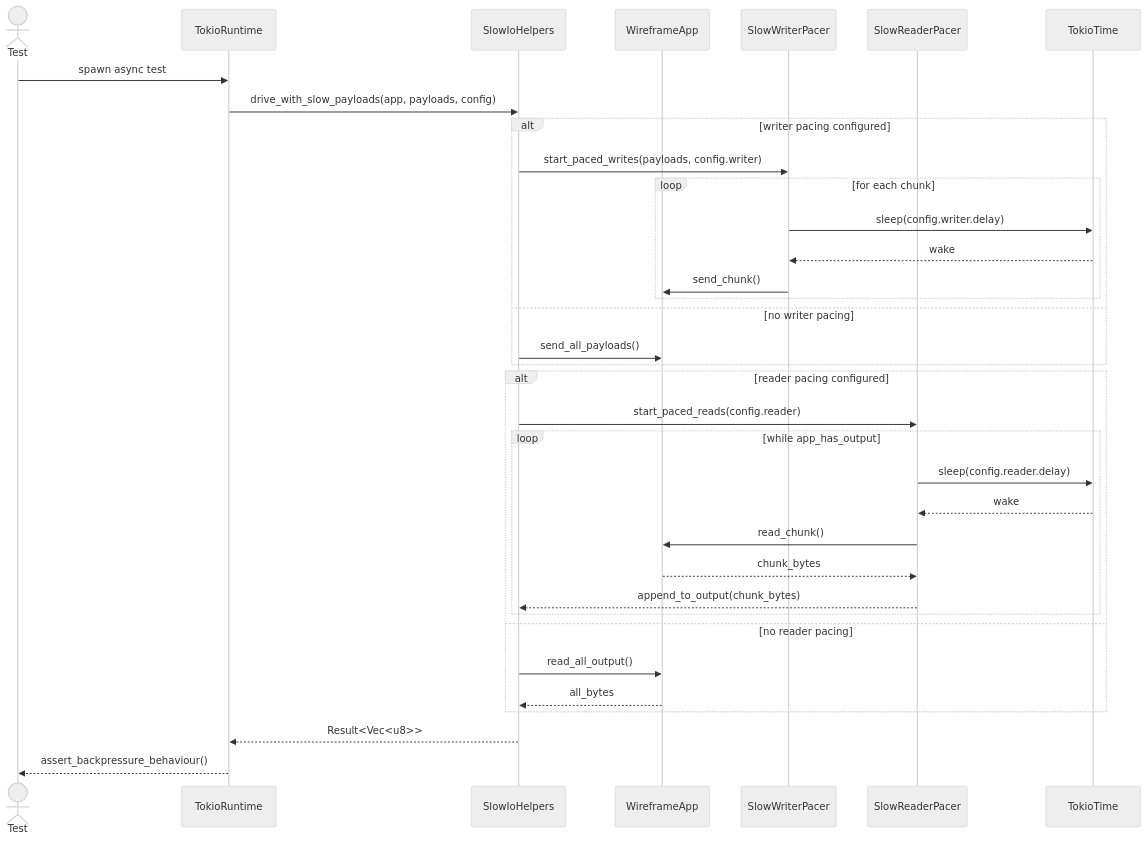
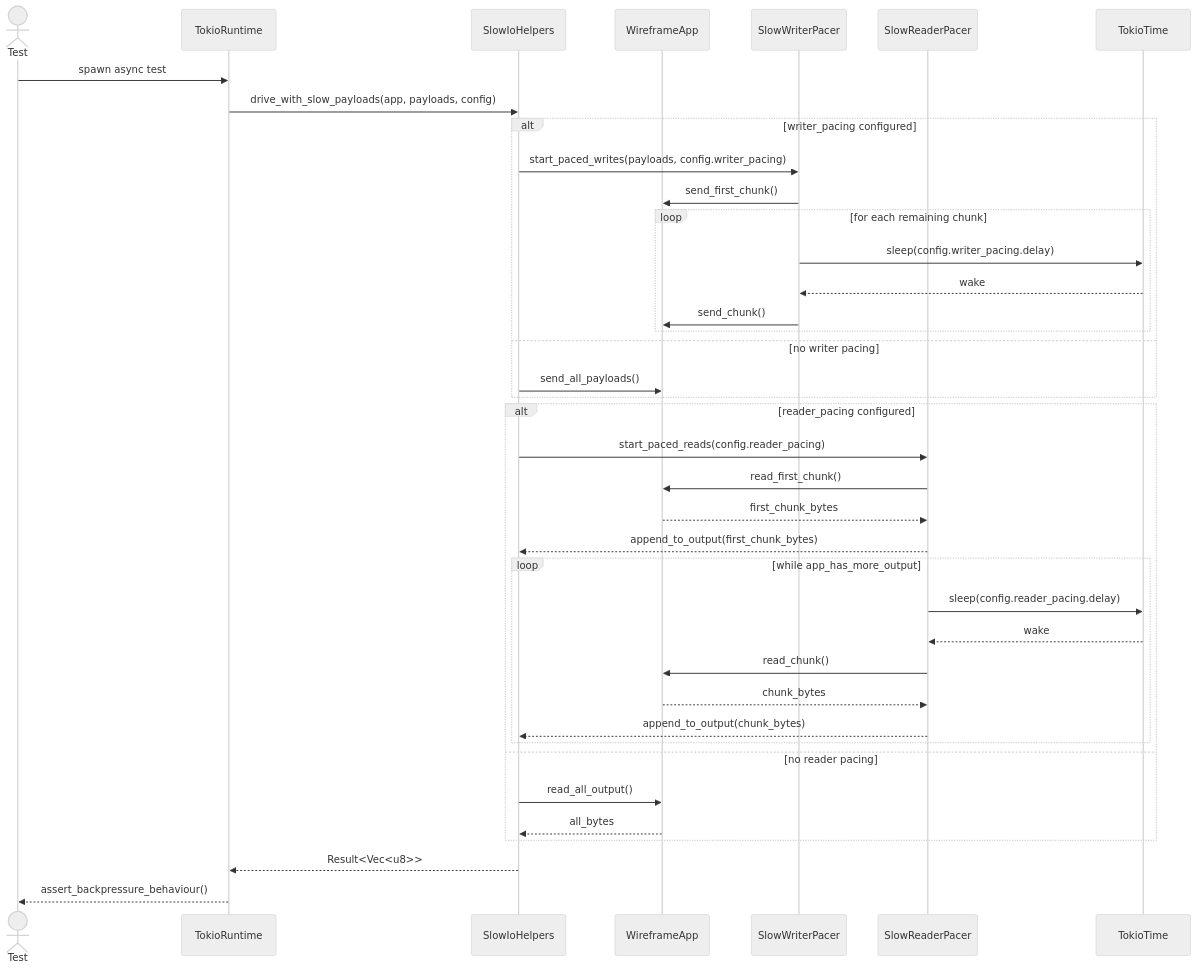
One commit to leynos/wireframe changed the diagram in docs/wireframe-testing-crate.md. Above: the diagram before and after it, drawn with Mermaid (neutral theme). The commit also changed 2 other files, not shown here.

Commit message:
docs(slow_io): clarify slow IO pacing docs and improve examples
- Updated documentation diagrams and descriptions to accurately reflect
  pacing configuration parameters for writer and reader.
- Enhanced slow IO helpers doc comments with richer examples and improved
  error mapping in example code.
- Added details for first chunk sending/reading in pacing sequences.

Also:
- Added a check in slow-io backpressure test fixture to return error if
  drive task is still pending, guiding proper Tokio time advancement before output collection.

````diff
--- a/docs/wireframe-testing-crate.md
+++ b/docs/wireframe-testing-crate.md
@@ -180,41 +180,45 @@
 ```mermaid
 sequenceDiagram
     actor Test as Test
     participant Runtime as TokioRuntime
     participant Helper as SlowIoHelpers
     participant App as WireframeApp
     participant Writer as SlowWriterPacer
     participant Reader as SlowReaderPacer
     participant Time as TokioTime
 
     Test->>Runtime: spawn async test
     Runtime->>Helper: drive_with_slow_payloads(app, payloads, config)
 
-    alt writer pacing configured
-        Helper->>Writer: start_paced_writes(payloads, config.writer)
-        loop for each chunk
-            Writer->>Time: sleep(config.writer.delay)
+    alt writer_pacing configured
+        Helper->>Writer: start_paced_writes(payloads, config.writer_pacing)
+        Writer->>App: send_first_chunk()
+        loop for each remaining chunk
+            Writer->>Time: sleep(config.writer_pacing.delay)
             Time-->>Writer: wake
             Writer->>App: send_chunk()
         end
     else no writer pacing
         Helper->>App: send_all_payloads()
     end
 
-    alt reader pacing configured
-        Helper->>Reader: start_paced_reads(config.reader)
-        loop while app_has_output
-            Reader->>Time: sleep(config.reader.delay)
+    alt reader_pacing configured
+        Helper->>Reader: start_paced_reads(config.reader_pacing)
+        Reader->>App: read_first_chunk()
+        App-->>Reader: first_chunk_bytes
+        Reader-->>Helper: append_to_output(first_chunk_bytes)
+        loop while app_has_more_output
+            Reader->>Time: sleep(config.reader_pacing.delay)
             Time-->>Reader: wake
             Reader->>App: read_chunk()
             App-->>Reader: chunk_bytes
             Reader-->>Helper: append_to_output(chunk_bytes)
         end
     else no reader pacing
         Helper->>App: read_all_output()
         App-->>Helper: all_bytes
     end
 
     Helper-->>Runtime: Result<Vec<u8>>
     Runtime-->>Test: assert_backpressure_behaviour()
 ```
````
